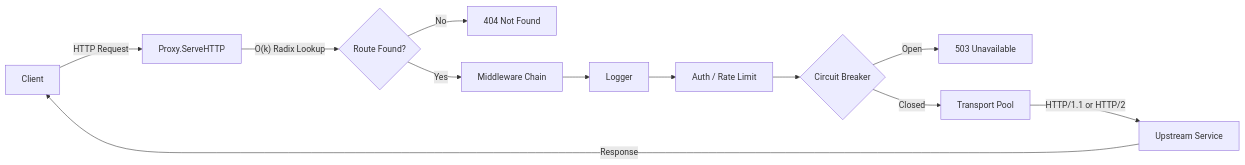
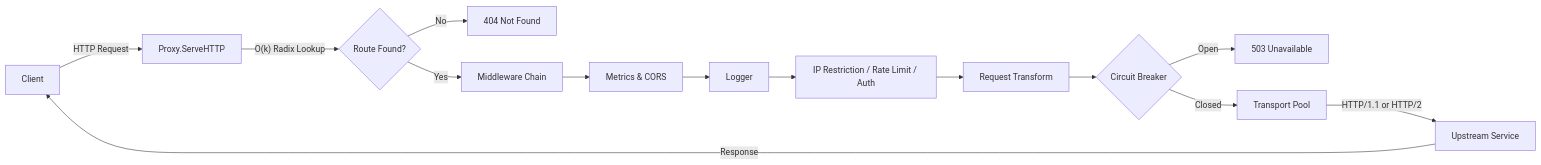
One commit to haiser1/go-api-gateway changed the second of 3 diagrams in Readme.md. Above: the diagram before and after it, drawn with Mermaid. The commit also changed other lines of this file and 2 other files, not shown here.

````diff
--- a/Readme.md
+++ b/Readme.md
@@ -56,14 +58,16 @@
 ```mermaid
 flowchart LR
     A[Client] -->|HTTP Request| B[Proxy.ServeHTTP]
     B -->|"O(k) Radix Lookup"| C{Route Found?}
     C -->|No| D[404 Not Found]
     C -->|Yes| E[Middleware Chain]
-    E --> F[Logger]
-    F --> G[Auth / Rate Limit]
-    G --> H{Circuit Breaker}
+    E --> M[Metrics & CORS]
+    M --> F[Logger]
+    F --> IP[IP Restriction / Rate Limit / Auth]
+    IP --> RT[Request Transform]
+    RT --> H{Circuit Breaker}
     H -->|Open| I[503 Unavailable]
     H -->|Closed| J[Transport Pool]
     J -->|"HTTP/1.1 or HTTP/2"| K[Upstream Service]
     K -->|Response| A
 ```
````
